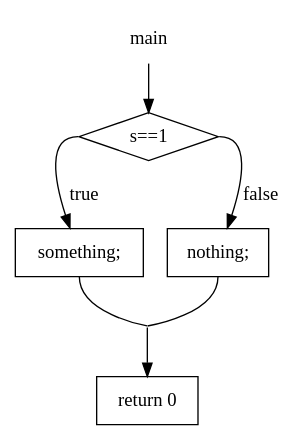
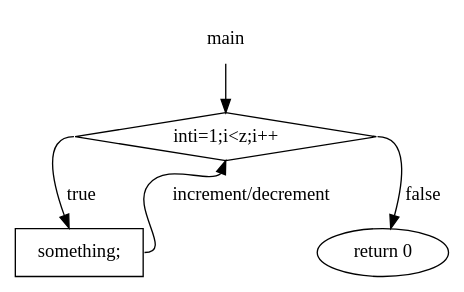
The diagram in a.dot (barakaki/cs451graph), drawn with Graphviz before and after one commit. The commit also changed 2 other files, not shown here.

```diff
--- a/a.dot
+++ b/a.dot
@@ -1,14 +1,12 @@
 digraph{
  node[shape = rectangle]
  
-main->"s==1"
-"s==1" [shape = diamond]
-"s==1":w->"something;"[label = true]
-"something;":s -> "pointstogether"[arrowhead=none]
-"s==1":e->"nothing;"[label = false]
-"nothing;":s -> "pointstogether"[arrowhead=none]
-pointstogether[label="",fixedsize=flase,width=0,height=0,shape=none]
-"pointstogether"->"return 0"[shape=oval]
+main->"inti=1;i<z;i++"
+"inti=1;i<z;i++" [shape = diamond]
+"inti=1;i<z;i++":w->"something;"[label = true]
+"something;":e->"inti=1;i<z;i++":s[label="increment/decrement"]
+"inti=1;i<z;i++":e -> "return 0"[label=false]
+"return 0"[shape = oval]
 main[shape = none]
 
 }
```
